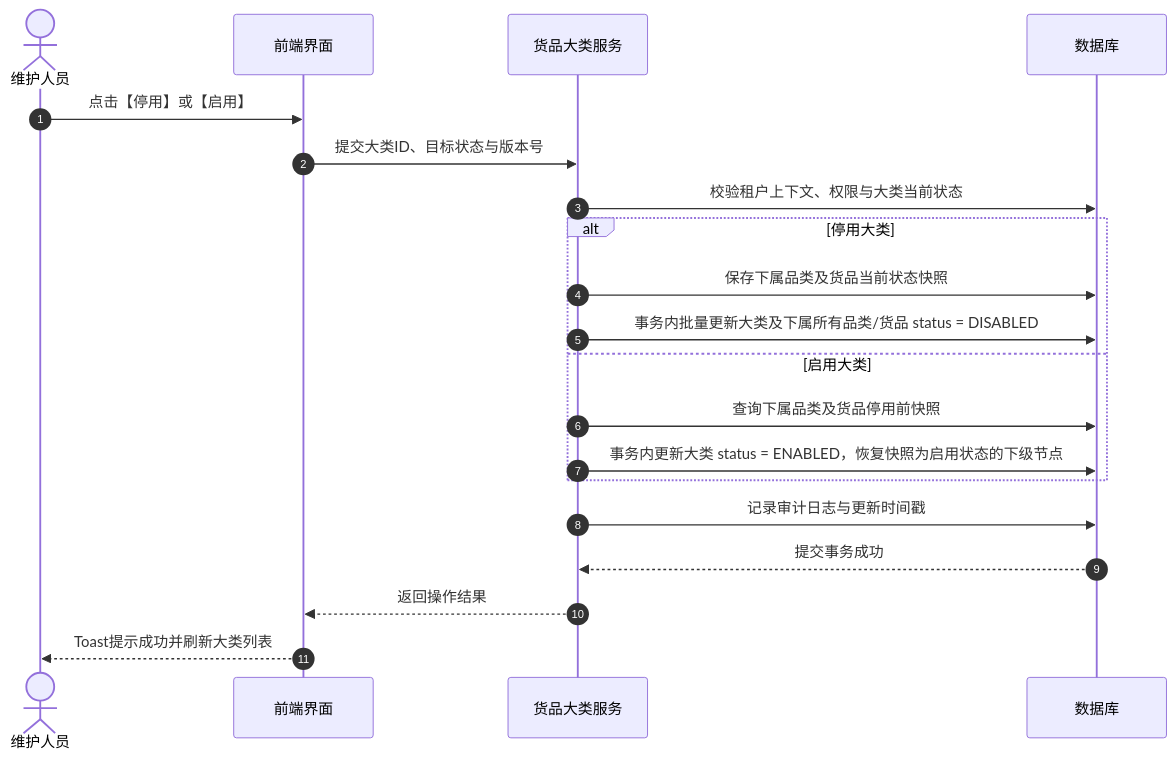
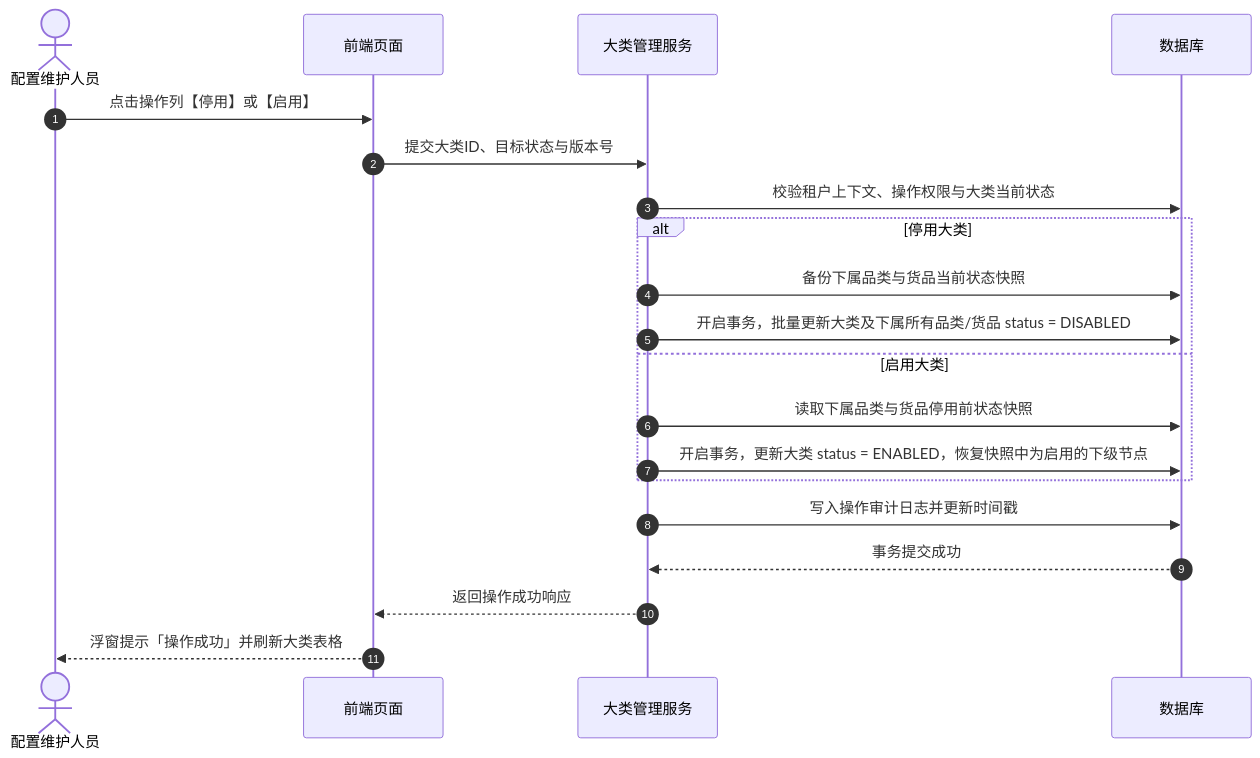
Before and after one commit to RobertHuang999/SYZC: the second of 3 diagrams in 02-PRD文档/🌟🌟🌟-最新基准版/B端PC/08-配置管理/12-货品规格管理-大类管理/大类管理业务规则规格.md, drawn with Mermaid. The commit also changed other lines of this file and 264 other files, not shown here.

````diff
--- a/02-PRD文档/🌟🌟🌟-最新基准版/B端PC/08-配置管理/12-货品规格管理-大类管理/大类管理业务规则规格.md
+++ b/02-PRD文档/🌟🌟🌟-最新基准版/B端PC/08-配置管理/12-货品规格管理-大类管理/大类管理业务规则规格.md
@@ -134,23 +136,23 @@
 ```mermaid
 sequenceDiagram
     autonumber
-    actor U as 维护人员
-    participant F as 前端界面
-    participant B as 货品大类服务
+    actor U as 配置维护人员
+    participant F as 前端页面
+    participant B as 大类管理服务
     participant DB as 数据库
 
-    U->>F: 点击【停用】或【启用】
+    U->>F: 点击操作列【停用】或【启用】
     F->>B: 提交大类ID、目标状态与版本号
-    B->>DB: 校验租户上下文、权限与大类当前状态
+    B->>DB: 校验租户上下文、操作权限与大类当前状态
     alt 停用大类
-        B->>DB: 保存下属品类及货品当前状态快照
-        B->>DB: 事务内批量更新大类及下属所有品类/货品 status = DISABLED
+        B->>DB: 备份下属品类与货品当前状态快照
+        B->>DB: 开启事务，批量更新大类及下属所有品类/货品 status = DISABLED
     else 启用大类
-        B->>DB: 查询下属品类及货品停用前快照
-        B->>DB: 事务内更新大类 status = ENABLED，恢复快照为启用状态的下级节点
+        B->>DB: 读取下属品类与货品停用前状态快照
+        B->>DB: 开启事务，更新大类 status = ENABLED，恢复快照中为启用的下级节点
     end
-    B->>DB: 记录审计日志与更新时间戳
-    DB-->>B: 提交事务成功
-    B-->>F: 返回操作结果
-    F-->>U: Toast提示成功并刷新大类列表
+    B->>DB: 写入操作审计日志并更新时间戳
+    DB-->>B: 事务提交成功
+    B-->>F: 返回操作成功响应
+    F-->>U: 浮窗提示「操作成功」并刷新大类表格
 ```
````
